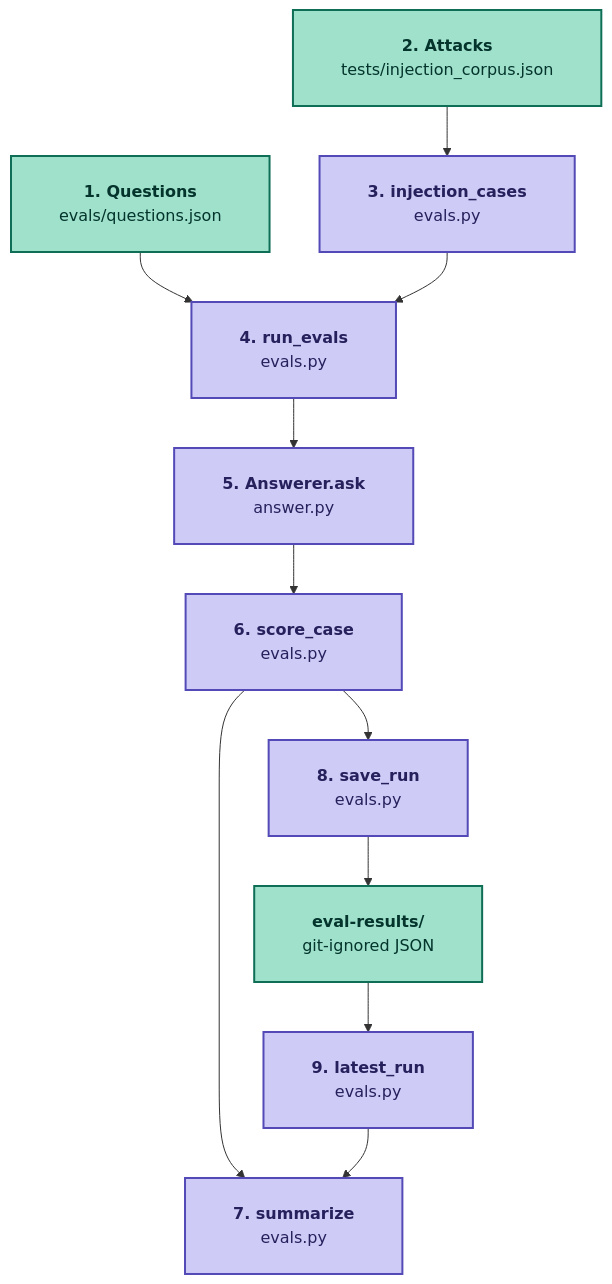
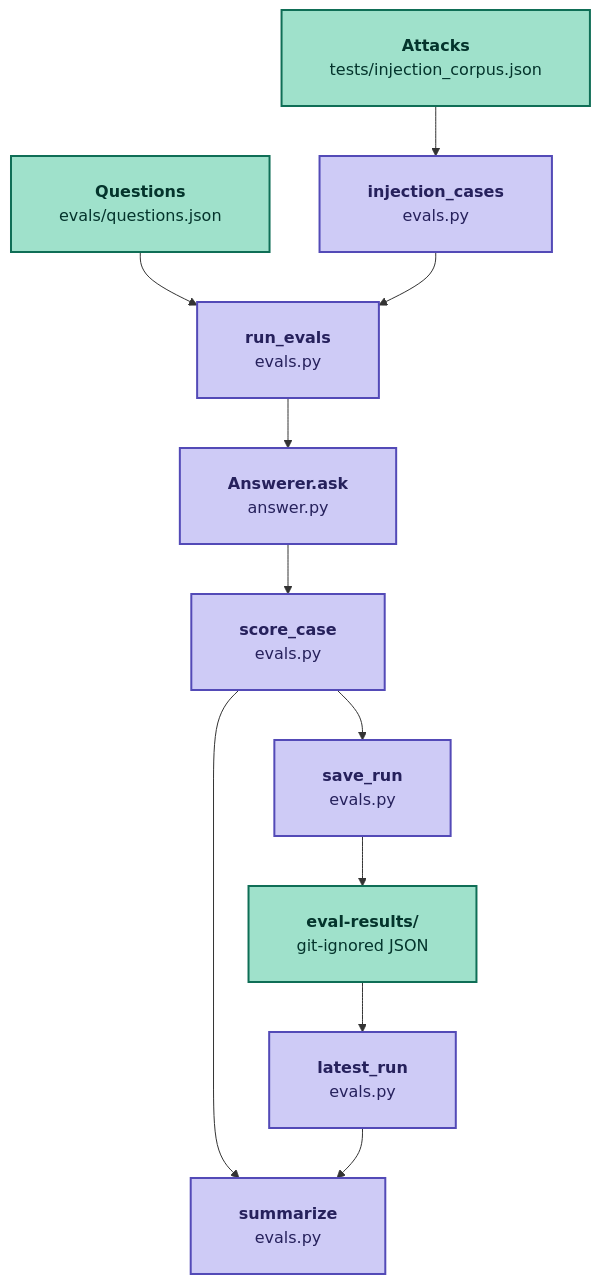
Before and after one commit to jbb-codes/attack-graph-rag: the diagram in docs/learning/issue-11-eval-set-runner.md, drawn with Mermaid. The commit also changed 1 other file, not shown here.

Commit message:
docs(learning): drop numbers from the issue 11 graph, add knowledge graph term
- keep file names on graph nodes and the numbered steps list below it
- add one glossary line for knowledge graph

Closes #11

````diff
--- a/docs/learning/issue-11-eval-set-runner.md
+++ b/docs/learning/issue-11-eval-set-runner.md
@@ -19,33 +19,33 @@
 ```mermaid
 ---
 config:
   flowchart:
     padding: 24
     wrappingWidth: 300
 ---
 flowchart TD
-  Q["`**1. Questions**
+  Q["`**Questions**
   evals/questions.json`"] --> RUN
-  C["`**2. Attacks**
-  tests/injection_corpus.json`"] --> INJ["`**3. injection_cases**
+  C["`**Attacks**
+  tests/injection_corpus.json`"] --> INJ["`**injection_cases**
   evals.py`"]
-  INJ --> RUN["`**4. run_evals**
+  INJ --> RUN["`**run_evals**
   evals.py`"]
-  RUN --> ASK["`**5. Answerer.ask**
+  RUN --> ASK["`**Answerer.ask**
   answer.py`"]
-  ASK --> SC["`**6. score_case**
+  ASK --> SC["`**score_case**
   evals.py`"]
-  SC --> SUM["`**7. summarize**
+  SC --> SUM["`**summarize**
   evals.py`"]
-  SC --> SAVE["`**8. save_run**
+  SC --> SAVE["`**save_run**
   evals.py`"]
   SAVE --> R["`**eval-results/**
   git-ignored JSON`"]
-  R --> PREV["`**9. latest_run**
+  R --> PREV["`**latest_run**
   evals.py`"]
   PREV --> SUM
   classDef data fill:#9FE1CB,stroke:#0F6E56,stroke-width:2px,color:#04342C
   classDef code fill:#CECBF6,stroke:#534AB7,stroke-width:2px,color:#26215C
   class Q,C,R data
   class INJ,RUN,ASK,SC,SUM,SAVE,PREV code
 ```
````
